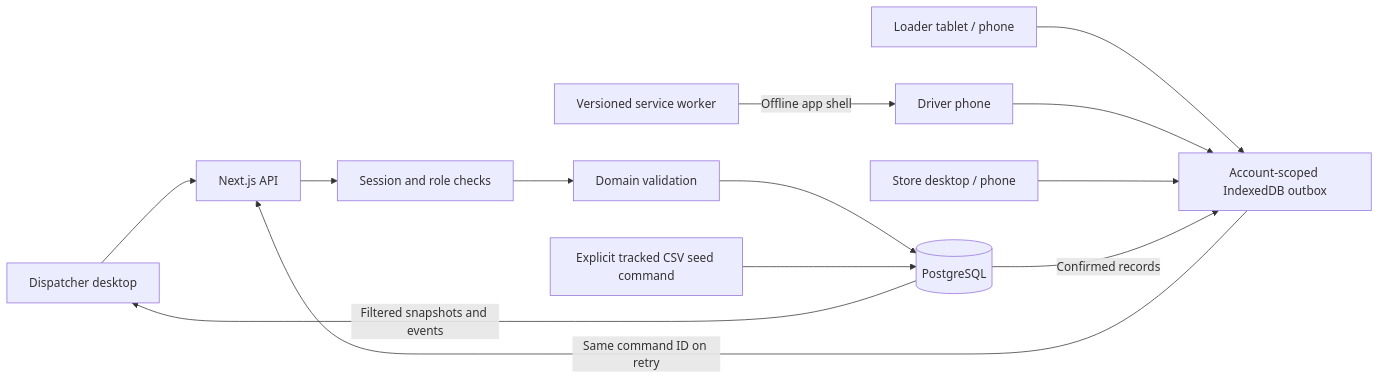
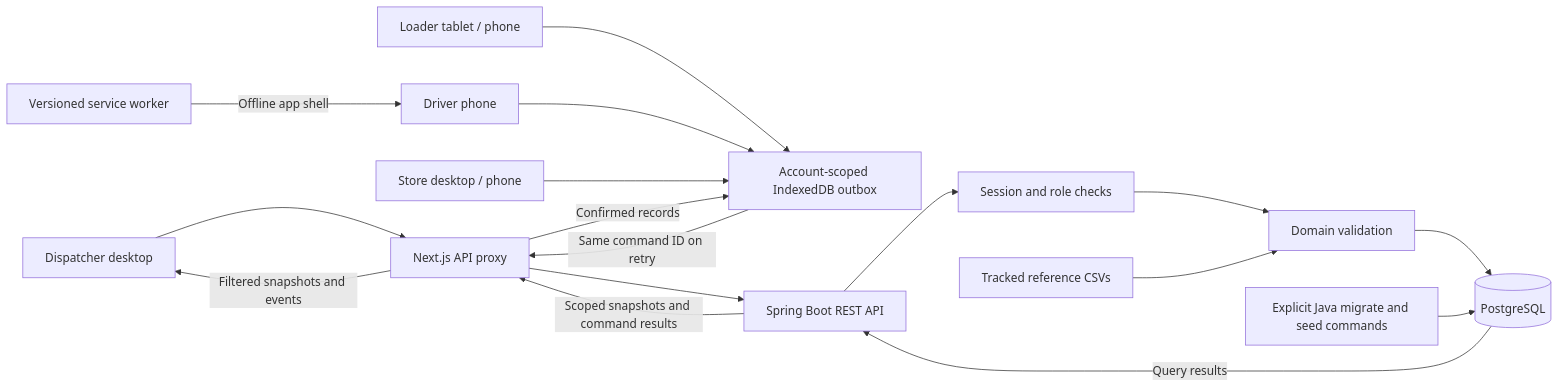
Before and after one commit to Dinusha-Ekanayake/Xception-WaypointGo: the diagram in docs/architecture.md, drawn with Mermaid. The commit also changed other lines of this file and 14 other files, not shown here.

````diff
--- a/docs/architecture.md
+++ b/docs/architecture.md
@@ -5,15 +5,19 @@
 ```mermaid
 flowchart LR
-  D[Dispatcher desktop] --> API[Next.js API]
+  D[Dispatcher desktop] --> API[Next.js API proxy]
   L[Loader tablet / phone] --> Q[Account-scoped IndexedDB outbox]
   R[Driver phone] --> Q
   S[Store desktop / phone] --> Q
   Q -->|Same command ID on retry| API
   SW[Versioned service worker] -->|Offline app shell| R
-  API --> Auth[Session and role checks]
+  API --> Spring[Spring Boot REST API]
+  Spring --> Auth[Session and role checks]
   Auth --> Rules[Domain validation]
   Rules --> DB[(PostgreSQL)]
-  CSV[Explicit tracked CSV seed command] --> DB
-  DB -->|Filtered snapshots and events| D
-  DB -->|Confirmed records| Q
+  CSV[Tracked reference CSVs] --> Rules
+  Init[Explicit Java migrate and seed commands] --> DB
+  DB -->|Query results| Spring
+  Spring -->|Scoped snapshots and command results| API
+  API -->|Filtered snapshots and events| D
+  API -->|Confirmed records| Q
 ```
````
